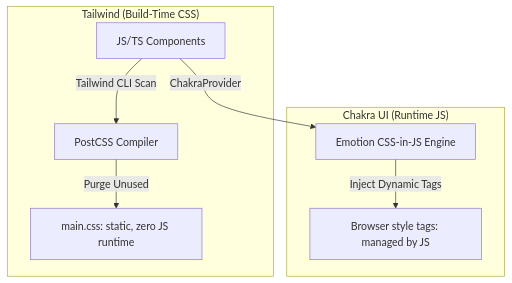
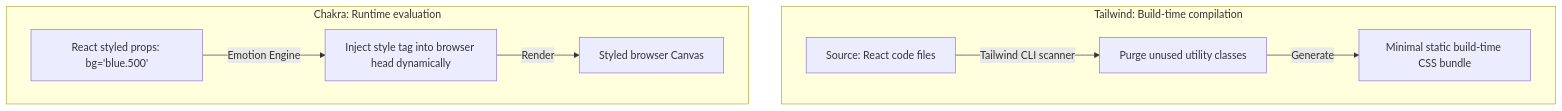
The diagram in frameworks_specifics/09_tailwind_chakra.md (AD0791/interviewprep), drawn with Mermaid before and after one commit. The commit also changed other lines of this file and 8 other files, not shown here.

````diff
--- a/frameworks_specifics/09_tailwind_chakra.md
+++ b/frameworks_specifics/09_tailwind_chakra.md
@@ -20,12 +18,12 @@
 ```mermaid
 graph TD
-    subgraph Tailwind ["Tailwind (Build-Time CSS)"]
-        SourceCode[JS/TS Components] -->|Tailwind CLI Scan| PostCSSCompiler[PostCSS Compiler]
-        PostCSSCompiler -->|Purge Unused| StaticCSS[main.css: static, zero JS runtime]
+    subgraph TailwindFlow ["Tailwind: Build-time compilation"]
+        Source[Source: React code files] -->|Tailwind CLI scanner| Compiler[Purge unused utility classes]
+        Compiler -->|Generate| OutputCSS[Minimal static build-time CSS bundle]
     end
 
-    subgraph Chakra ["Chakra UI (Runtime JS)"]
-        SourceCode -->|ChakraProvider| EmotionEngine[Emotion CSS-in-JS Engine]
-        EmotionEngine -->|Inject Dynamic Tags| BrowserDOM[Browser style tags: managed by JS]
+    subgraph ChakraFlow ["Chakra: Runtime evaluation"]
+        JSCode[React styled props: bg='blue.500'] -->|Emotion Engine| CSSGenerator[Inject style tag into browser head dynamically]
+        CSSGenerator -->|Render| DOM[Styled browser Canvas]
     end
 ```
````
